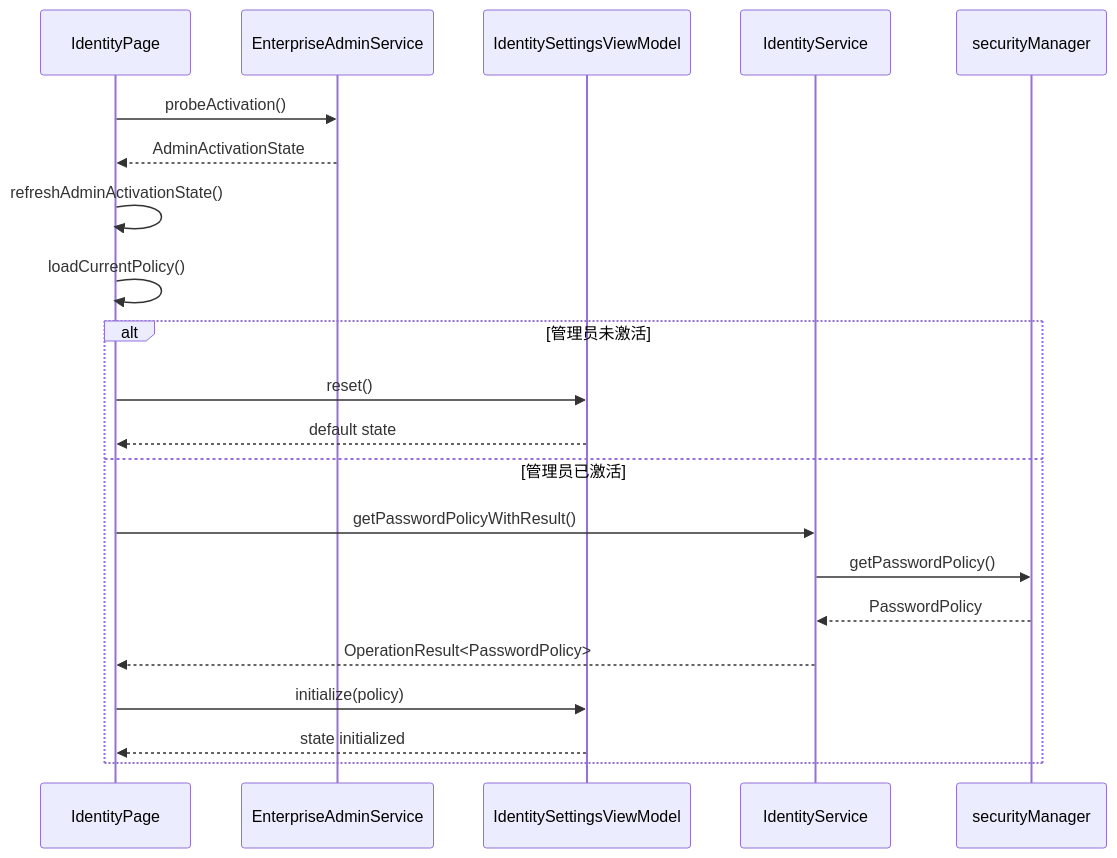
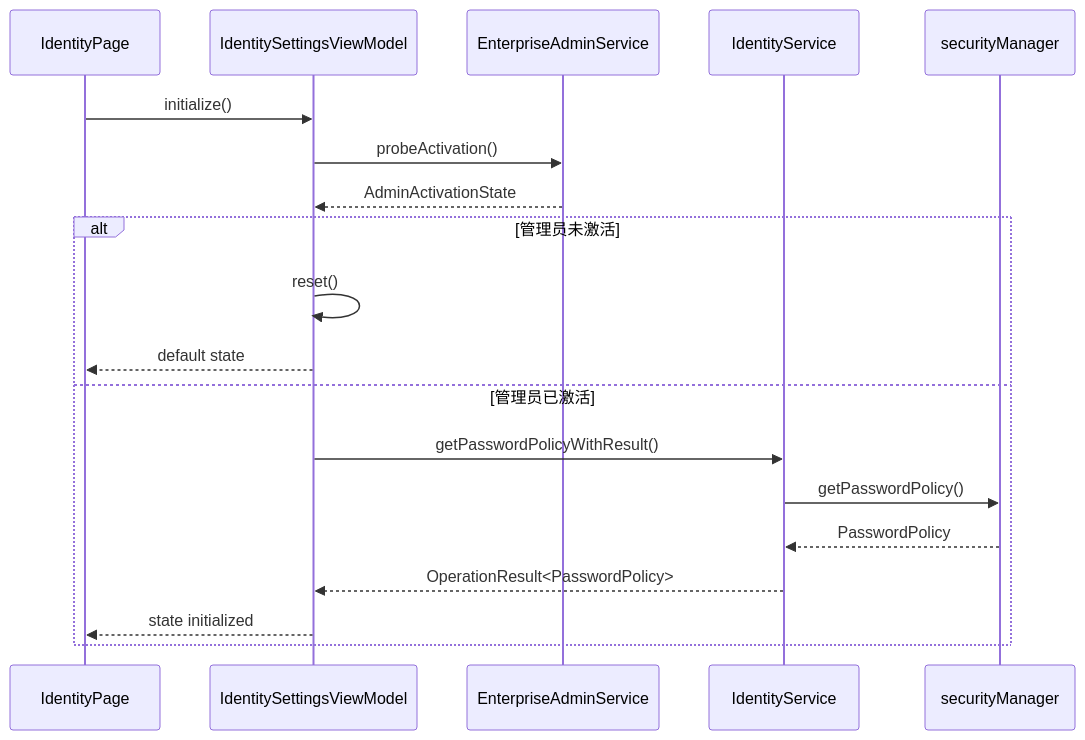
Before and after one commit to Deslord319/security_tool: the second of 7 diagrams in docs/03-模块设计/身份鉴别组件设计说明.md, drawn with Mermaid. The commit also changed other lines of this file and 43 other files, not shown here.

Commit message:
refactor identity settings and centralize app resources

````diff
--- a/docs/03-模块设计/身份鉴别组件设计说明.md
+++ b/docs/03-模块设计/身份鉴别组件设计说明.md
@@ -229,24 +243,22 @@
 ```mermaid
 sequenceDiagram
   participant Page as IdentityPage
+  participant VM as IdentitySettingsViewModel
   participant Admin as EnterpriseAdminService
-  participant VM as IdentitySettingsViewModel
   participant Service as IdentityService
   participant MDM as securityManager
 
-  Page->>Admin: probeActivation()
-  Admin-->>Page: AdminActivationState
-  Page->>Page: refreshAdminActivationState()
-  Page->>Page: loadCurrentPolicy()
+  Page->>VM: initialize()
+  VM->>Admin: probeActivation()
+  Admin-->>VM: AdminActivationState
   alt 管理员未激活
-    Page->>VM: reset()
+    VM->>VM: reset()
     VM-->>Page: default state
   else 管理员已激活
-    Page->>Service: getPasswordPolicyWithResult()
+    VM->>Service: getPasswordPolicyWithResult()
     Service->>MDM: getPasswordPolicy()
     MDM-->>Service: PasswordPolicy
-    Service-->>Page: OperationResult<PasswordPolicy>
-    Page->>VM: initialize(policy)
+    Service-->>VM: OperationResult<PasswordPolicy>
     VM-->>Page: state initialized
   end
 ```
````
